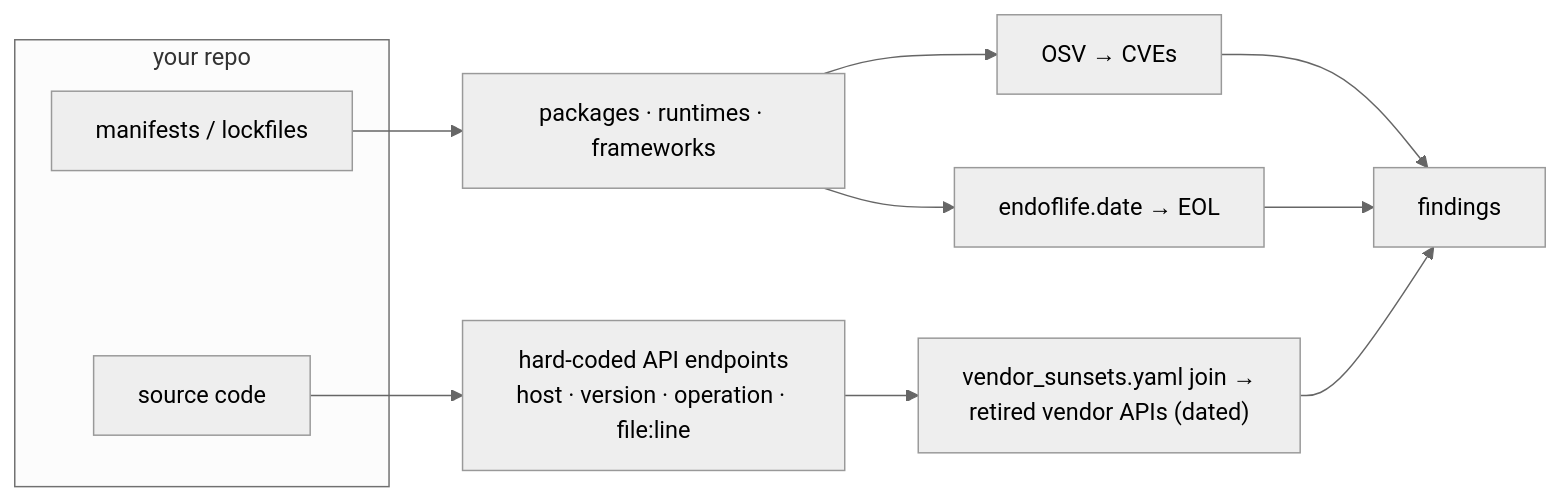
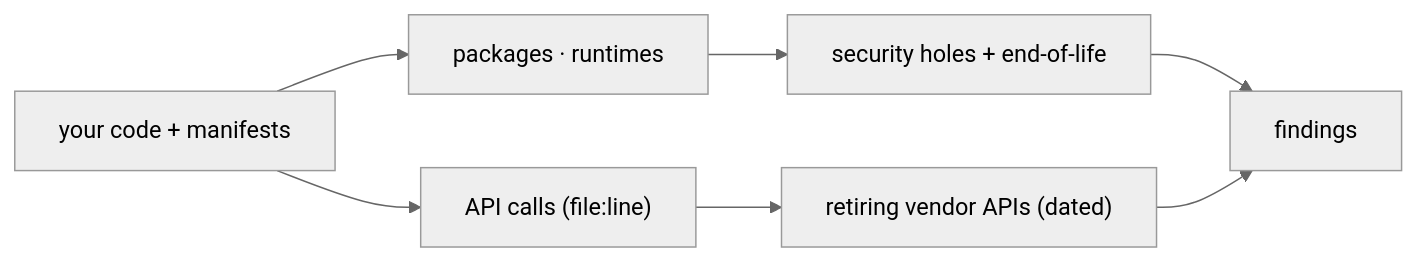
One commit to laxit-patel/drift-detector changed the third of 3 diagrams in README.md. Above: the diagram before and after it, drawn with Mermaid (neutral theme). The commit also changed other lines of this file and 1 other file, not shown here.

````diff
--- a/README.md
+++ b/README.md
@@ -200,15 +183,9 @@
 ```mermaid
 flowchart LR
-  subgraph CODE["your repo"]
-    M["manifests / lockfiles"]
-    S["source code"]
-  end
-  M --> P["packages · runtimes · frameworks"]
-  S --> E["hard-coded API endpoints<br/>host · version · operation · file:line"]
-  P --> OSV2["OSV → CVEs"]
-  P --> EOL2["endoflife.date → EOL"]
-  E --> CAT["vendor_sunsets.yaml join →<br/>retired vendor APIs (dated)"]
-  OSV2 --> F["findings"]
-  EOL2 --> F
-  CAT --> F
+  CODE["your code + manifests"] --> PKG["packages · runtimes"]
+  CODE --> API["API calls (file:line)"]
+  PKG --> SEC["security holes + end-of-life"]
+  API --> SUN["retiring vendor APIs (dated)"]
+  SEC --> FIND["findings"]
+  SUN --> FIND
 ```
````
